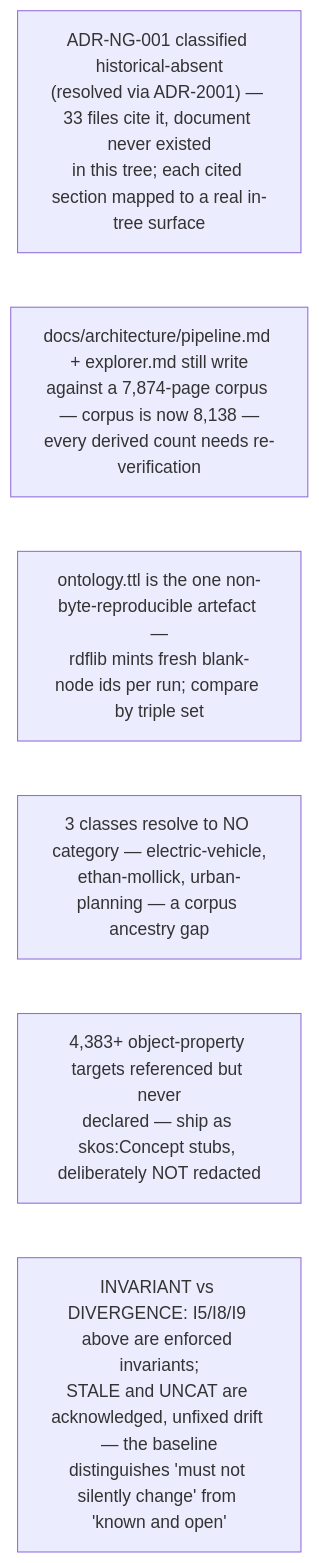
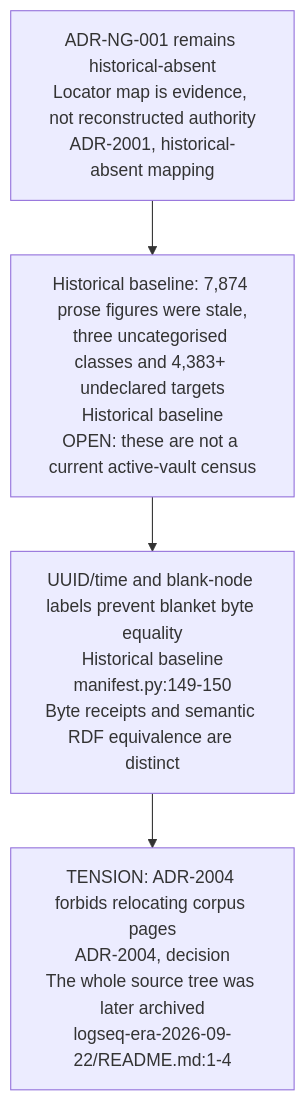
Before and after one commit to DreamLab-AI/VisionFlow: the third of 3 diagrams in docs/diagrams/knowledgegraph/07-invariants-register.md, drawn with Mermaid. The commit also changed other lines of this file and 18 other files, not shown here.

Commit message:
docs: audit publication gates and historical invariant succession

````diff
--- a/docs/diagrams/knowledgegraph/07-invariants-register.md
+++ b/docs/diagrams/knowledgegraph/07-invariants-register.md
@@ -59,9 +70,12 @@
 ```mermaid
-flowchart LR
-    ADRNG["ADR-NG-001 classified historical-absent<br/>#40;resolved via ADR-2001#41; — 33 files cite it, document never existed<br/>in this tree; each cited section mapped to a real in-tree surface"]
-    STALE["docs/architecture/pipeline.md + explorer.md still write<br/>against a 7,874-page corpus — corpus is now 8,138 —<br/>every derived count needs re-verification"]
-    TTLNODET["ontology.ttl is the one non-byte-reproducible artefact —<br/>rdflib mints fresh blank-node ids per run; compare by triple set"]
-    UNCAT["3 classes resolve to NO category — electric-vehicle,<br/>ethan-mollick, urban-planning — a corpus ancestry gap"]
-    STUBS["4,383+ object-property targets referenced but never<br/>declared — ship as skos:Concept stubs, deliberately NOT redacted"]
-    note1["INVARIANT vs DIVERGENCE: I5/I8/I9 above are enforced invariants;<br/>STALE and UNCAT are acknowledged, unfixed drift — the baseline<br/>distinguishes 'must not silently change' from 'known and open'"]
+flowchart TB
+    LINEAGE["ADR-NG-001 remains historical-absent<br/>Locator map is evidence, not reconstructed authority<br/>ADR-2001, historical-absent mapping"]
+    %% Source: ADR-2001-corpus-consolidation.md:108-128
+    COUNTS["Historical baseline: 7,874 prose figures were stale,<br/>three uncategorised classes and 4,383+ undeclared targets<br/>Historical baseline<br/>OPEN: these are not a current active-vault census"]
+    %% COUNTS source: BASELINE-narrativegoldmine.md:143-168
+    REPRO["UUID/time and blank-node labels prevent blanket byte equality<br/>Historical baseline<br/>manifest.py:149-150<br/>Byte receipts and semantic RDF equivalence are distinct"]
+    %% REPRO source: BASELINE-narrativegoldmine.md:193-194
+    MOVE["TENSION: ADR-2004 forbids relocating corpus pages<br/>ADR-2004, decision<br/>The whole source tree was later archived<br/>logseq-era-2026-09-22/README.md:1-4"]
+    %% Source: ADR-2004-corpus-page-identity-immutable.md:34-39
+    LINEAGE --> COUNTS --> REPRO --> MOVE
 ```
````
